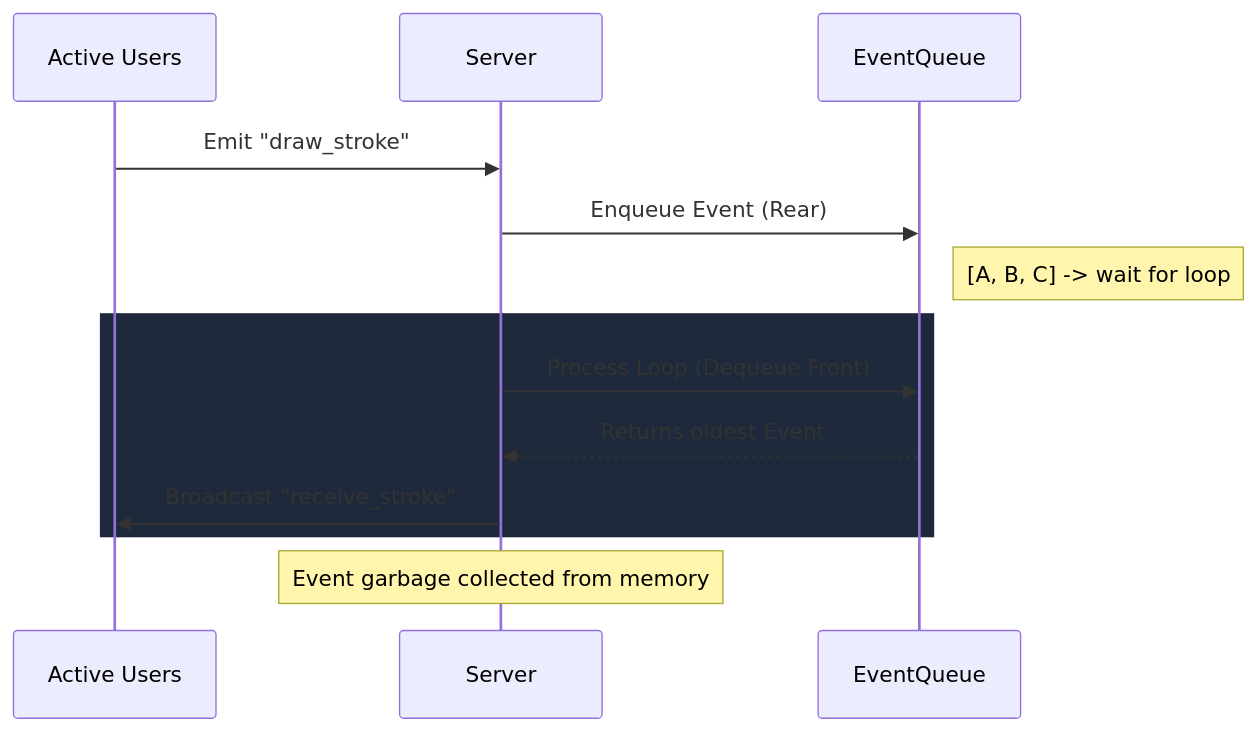
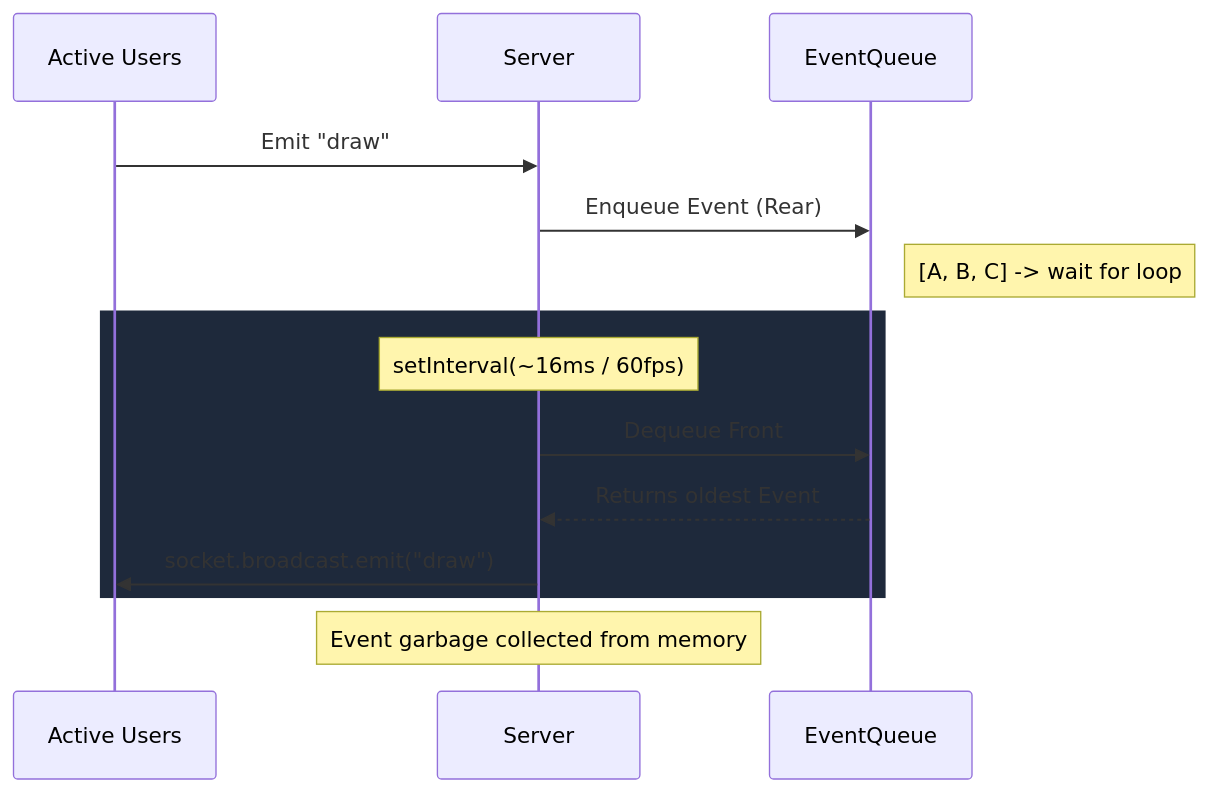
Before and after one commit to prem22k/Online-Collaborative-Whiteboard: the second of 6 diagrams in docs/architecture_data_flow.md, drawn with Mermaid. The commit also changed other lines of this file and 3 other files, not shown here.

````diff
--- a/docs/architecture_data_flow.md
+++ b/docs/architecture_data_flow.md
@@ -35,18 +35,19 @@
 ```mermaid
 sequenceDiagram
     participant Clients as Active Users
     participant S as Server
     participant Q as EventQueue
 
-    Clients->>S: Emit "draw_stroke"
+    Clients->>S: Emit "draw"
     S->>Q: Enqueue Event (Rear)
     Note right of Q: [A, B, C] -> wait for loop
-    
+
     rect rgb(30, 41, 59)
-    S->>Q: Process Loop (Dequeue Front)
+    Note over S: setInterval(~16ms / 60fps)
+    S->>Q: Dequeue Front
     Q-->>S: Returns oldest Event
-    S->>Clients: Broadcast "receive_stroke"
+    S->>Clients: socket.broadcast.emit("draw")
     end
-    
+
     Note over S: Event garbage collected from memory
 ```
````
